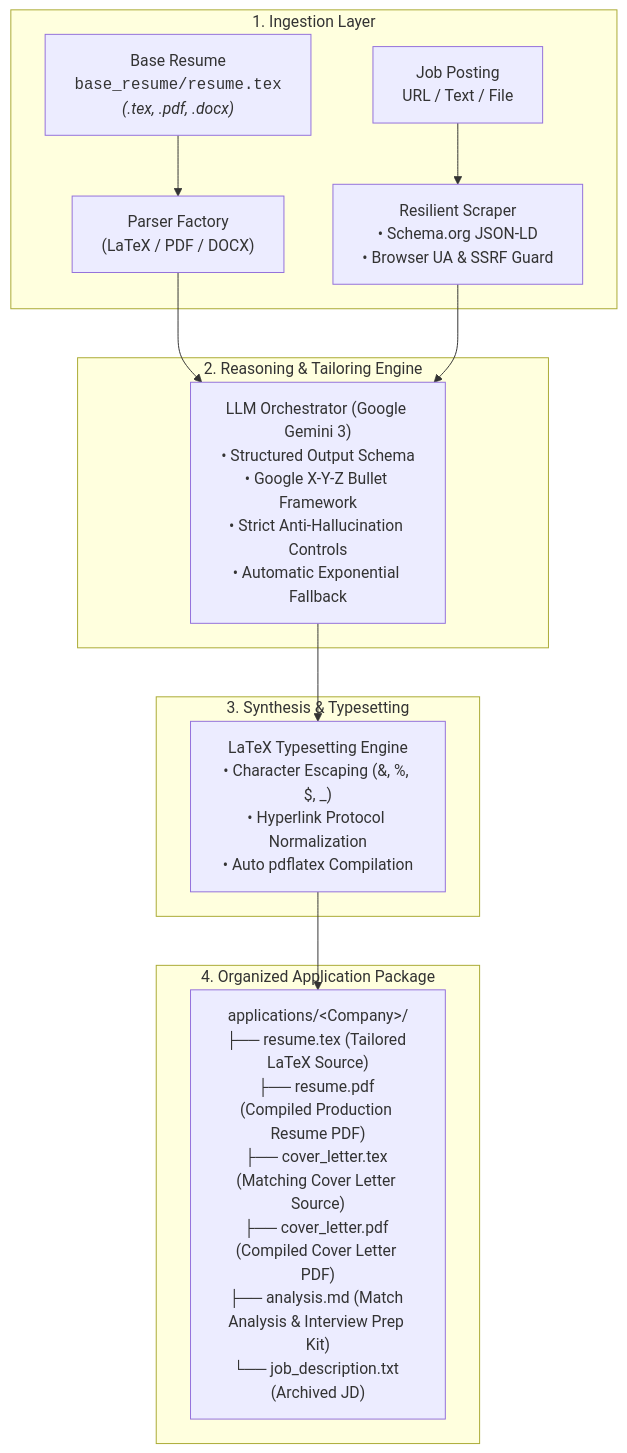
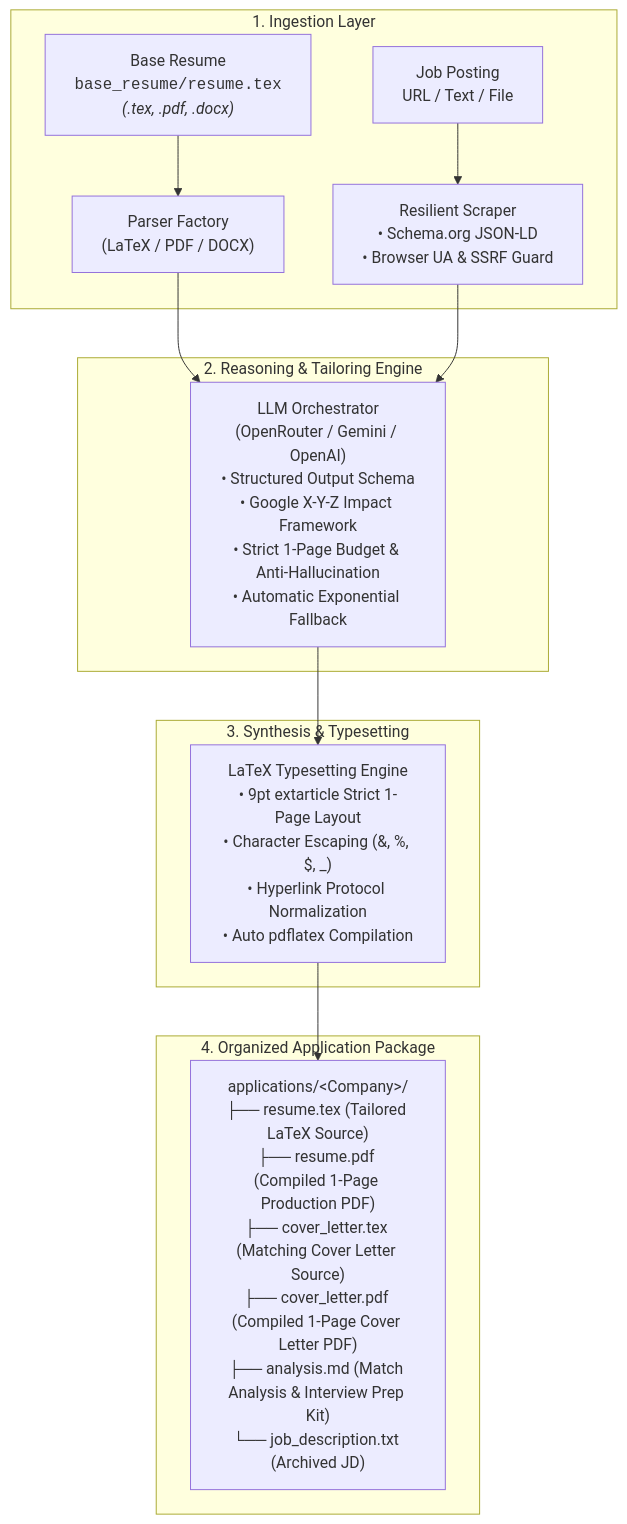
The diagram in README.md (Mehak769/resume-tailor), drawn with Mermaid before and after one commit. The commit also changed other lines of this file, not shown here.

Commit message:
docs: update README with OpenRouter support and 1-page layout guarantee

````diff
--- a/README.md
+++ b/README.md
@@ -24,20 +24,20 @@
 ```mermaid
 flowchart TD
     subgraph Ingestion ["1. Ingestion Layer"]
         A1["Base Resume<br><code>base_resume/resume.tex</code><br><i>(.tex, .pdf, .docx)</i>"] --> P1["Parser Factory<br>(LaTeX / PDF / DOCX)"]
         A2["Job Posting<br>URL / Text / File"] --> P2["Resilient Scraper<br>• Schema.org JSON-LD<br>• Browser UA & SSRF Guard"]
     end
 
     subgraph Intelligence ["2. Reasoning & Tailoring Engine"]
-        P1 --> LLM["LLM Orchestrator (Google Gemini 3)<br>• Structured Output Schema<br>• Google X-Y-Z Bullet Framework<br>• Strict Anti-Hallucination Controls<br>• Automatic Exponential Fallback"]
+        P1 --> LLM["LLM Orchestrator<br>(OpenRouter / Gemini / OpenAI)<br>• Structured Output Schema<br>• Google X-Y-Z Impact Framework<br>• Strict 1-Page Budget & Anti-Hallucination<br>• Automatic Exponential Fallback"]
         P2 --> LLM
     end
 
     subgraph Synthesis ["3. Synthesis & Typesetting"]
-        LLM --> EX["LaTeX Typesetting Engine<br>• Character Escaping (&, %, $, _)<br>• Hyperlink Protocol Normalization<br>• Auto pdflatex Compilation"]
+        LLM --> EX["LaTeX Typesetting Engine<br>• 9pt extarticle Strict 1-Page Layout<br>• Character Escaping (&, %, $, _)<br>• Hyperlink Protocol Normalization<br>• Auto pdflatex Compilation"]
     end
 
     subgraph Output ["4. Organized Application Package"]
-        EX --> PKG["applications/&lt;Company&gt;/<br>├── resume.tex (Tailored LaTeX Source)<br>├── resume.pdf (Compiled Production Resume PDF)<br>├── cover_letter.tex (Matching Cover Letter Source)<br>├── cover_letter.pdf (Compiled Cover Letter PDF)<br>├── analysis.md (Match Analysis & Interview Prep Kit)<br>└── job_description.txt (Archived JD)"]
+        EX --> PKG["applications/&lt;Company&gt;/<br>├── resume.tex (Tailored LaTeX Source)<br>├── resume.pdf (Compiled 1-Page Production PDF)<br>├── cover_letter.tex (Matching Cover Letter Source)<br>├── cover_letter.pdf (Compiled 1-Page Cover Letter PDF)<br>├── analysis.md (Match Analysis & Interview Prep Kit)<br>└── job_description.txt (Archived JD)"]
     end
 ```
````
